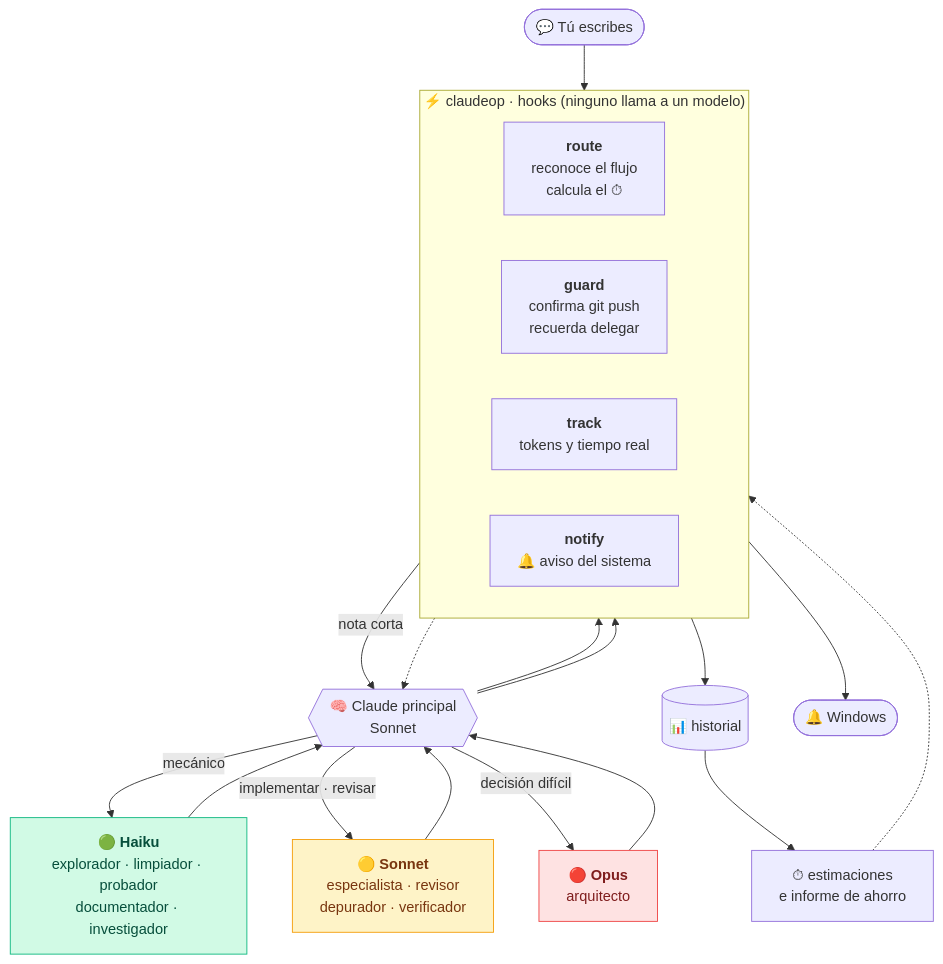
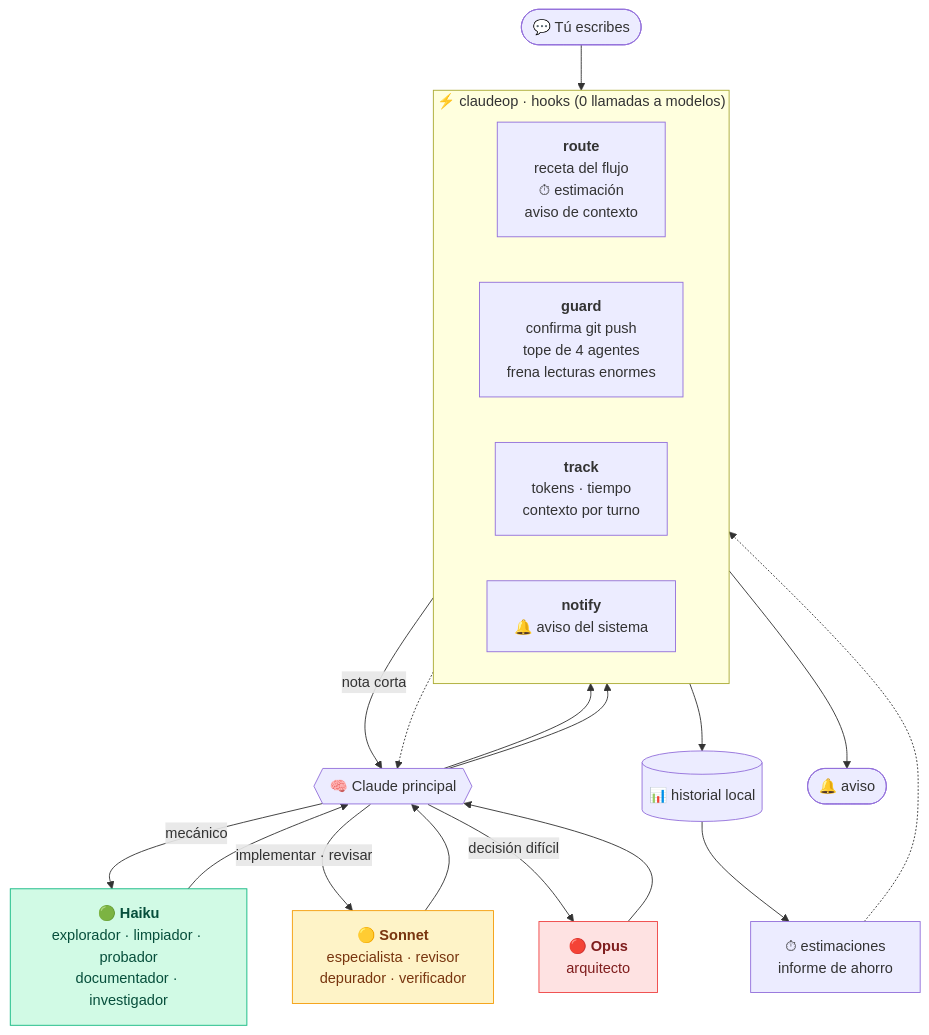
The diagram in README.md (Ivankirito22/ClaudeOP), drawn with Mermaid before and after one commit. The commit also changed other lines of this file and 19 other files, not shown here.

First line of the commit message:
v1.6.0: menos contexto, menos agentes y README nuevo

````diff
--- a/README.md
+++ b/README.md
@@ -94,34 +76,34 @@
 ```mermaid
 flowchart TB
   U(["💬 Tú escribes"]) --> R
 
-  subgraph PLUGIN ["⚡ claudeop · hooks (ninguno llama a un modelo)"]
+  subgraph PLUGIN ["⚡ claudeop · hooks (0 llamadas a modelos)"]
     direction LR
-    R["<b>route</b><br/>reconoce el flujo<br/>calcula el ⏱"]
-    G["<b>guard</b><br/>confirma git push<br/>recuerda delegar"]
-    T["<b>track</b><br/>tokens y tiempo real"]
+    R["<b>route</b><br/>receta del flujo<br/>⏱ estimación<br/>aviso de contexto"]
+    G["<b>guard</b><br/>confirma git push<br/>tope de 4 agentes<br/>frena lecturas enormes"]
+    T["<b>track</b><br/>tokens · tiempo<br/>contexto por turno"]
     N["<b>notify</b><br/>🔔 aviso del sistema"]
   end
 
-  R -->|"nota corta"| C{{"🧠 Claude principal<br/>Sonnet"}}
+  R -->|"nota corta"| C{{"🧠 Claude principal"}}
   G -.-> C
   C -->|"mecánico"| H["🟢 <b>Haiku</b><br/>explorador · limpiador · probador<br/>documentador · investigador"]
   C -->|"implementar · revisar"| S["🟡 <b>Sonnet</b><br/>especialista · revisor<br/>depurador · verificador"]
   C -->|"decisión difícil"| O["🔴 <b>Opus</b><br/>arquitecto"]
   H --> C
   S --> C
   O --> C
   C --> T
   C --> N
-  T --> L[("📊 historial")]
-  L --> E["⏱ estimaciones<br/>e informe de ahorro"]
+  T --> L[("📊 historial local")]
+  L --> E["⏱ estimaciones<br/>informe de ahorro"]
   E -.-> R
-  N --> W(["🔔 Windows"])
+  N --> W(["🔔 aviso"])
 
   classDef cheap fill:#d1fae5,stroke:#10b981,color:#064e3b
   classDef mid fill:#fef3c7,stroke:#f59e0b,color:#78350f
   classDef top fill:#fee2e2,stroke:#ef4444,color:#7f1d1d
   class H cheap
   class S mid
   class O top
 ```
````
